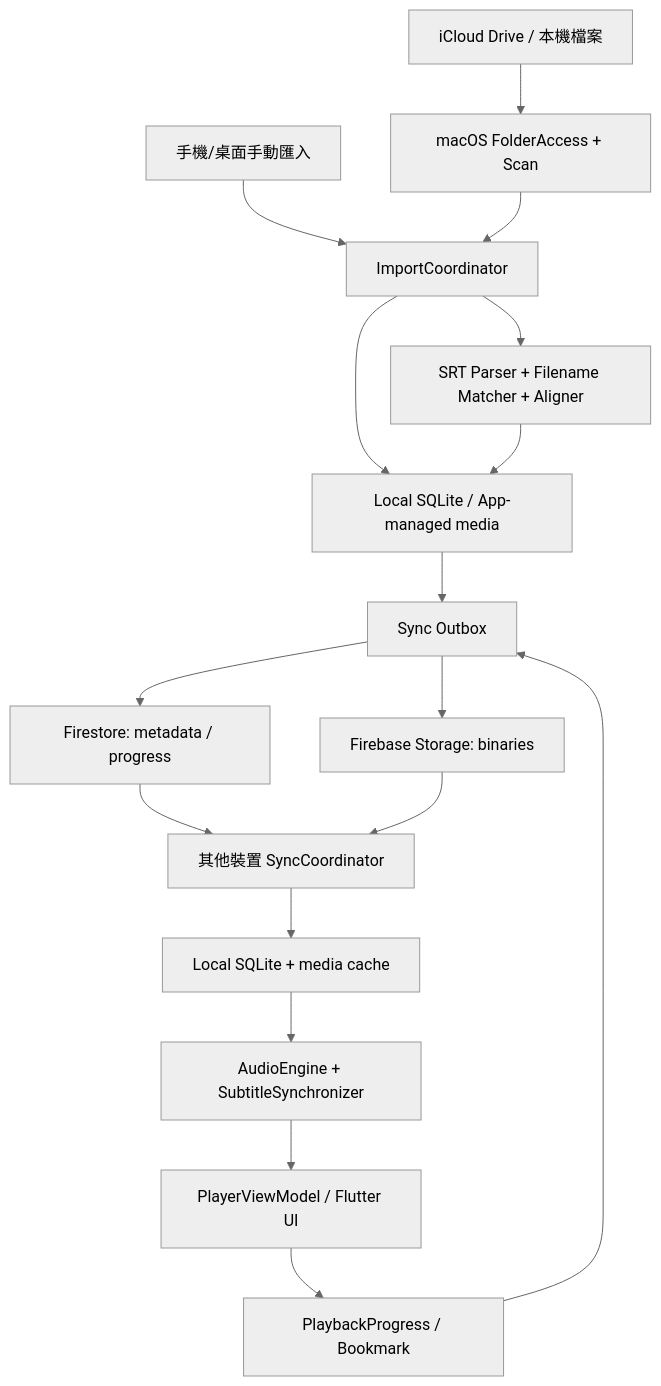
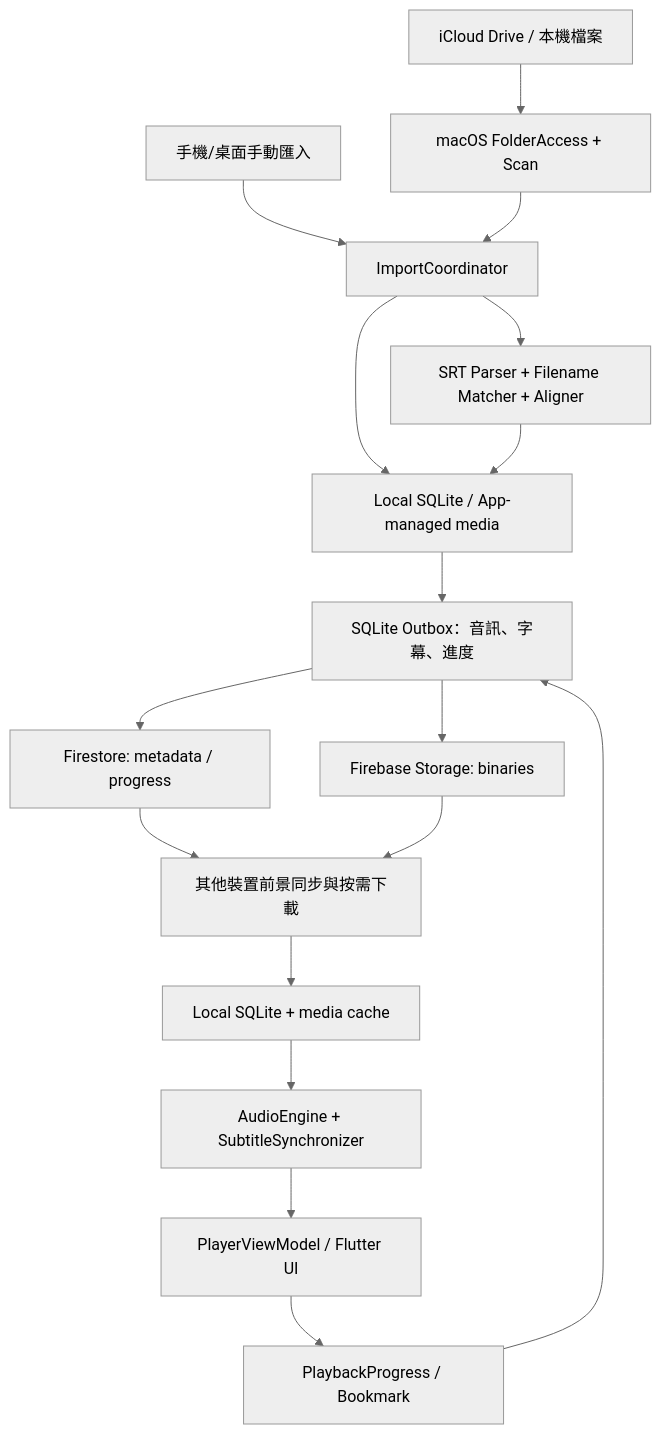
Before and after one commit to KuroNekoLi/english_learning_player: the diagram in docs/01-architecture.md, drawn with Mermaid (neutral theme). The commit also changed other lines of this file and 46 other files, not shown here.

````diff
--- a/docs/01-architecture.md
+++ b/docs/01-architecture.md
@@ -5,19 +5,19 @@
 ```mermaid
 flowchart TD
   F[iCloud Drive / 本機檔案] --> A[macOS FolderAccess + Scan]
   M[手機/桌面手動匯入] --> I[ImportCoordinator]
   A --> I
   I --> P[SRT Parser + Filename Matcher + Aligner]
   I --> L[Local SQLite / App-managed media]
   P --> L
-  L --> O[Sync Outbox]
+  L --> O[SQLite Outbox：音訊、字幕、進度]
   O --> U[Firebase Storage: binaries]
   O --> D[Firestore: metadata / progress]
-  D --> S[其他裝置 SyncCoordinator]
+  D --> S[其他裝置前景同步與按需下載]
   U --> S
   S --> R[Local SQLite + media cache]
   R --> E[AudioEngine + SubtitleSynchronizer]
   E --> V[PlayerViewModel / Flutter UI]
   V --> X[PlaybackProgress / Bookmark]
   X --> O
 ```
````
